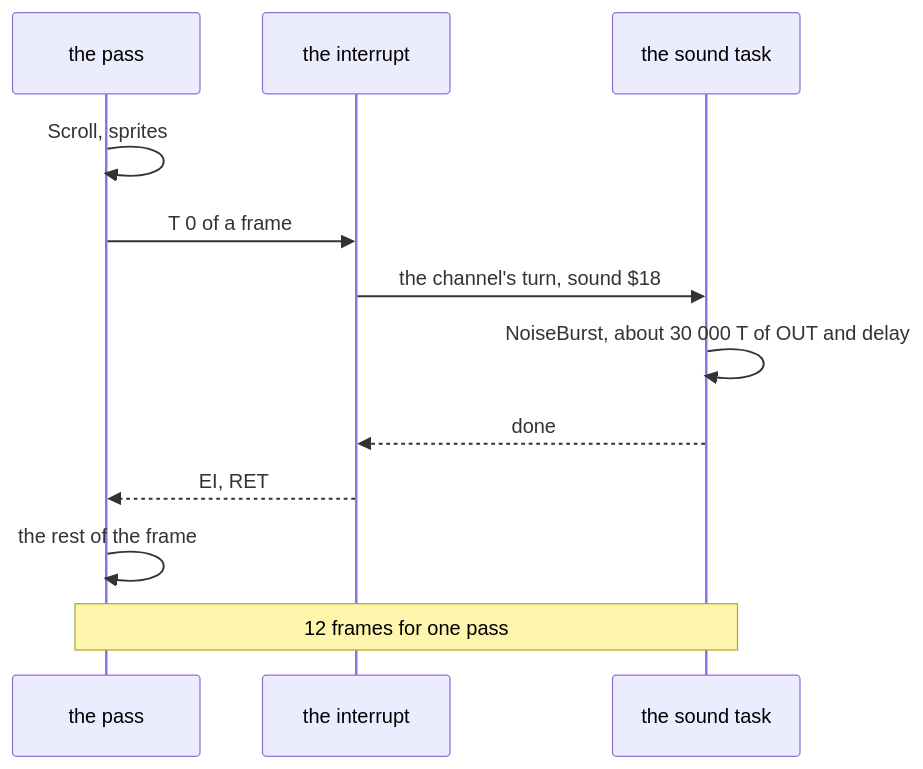
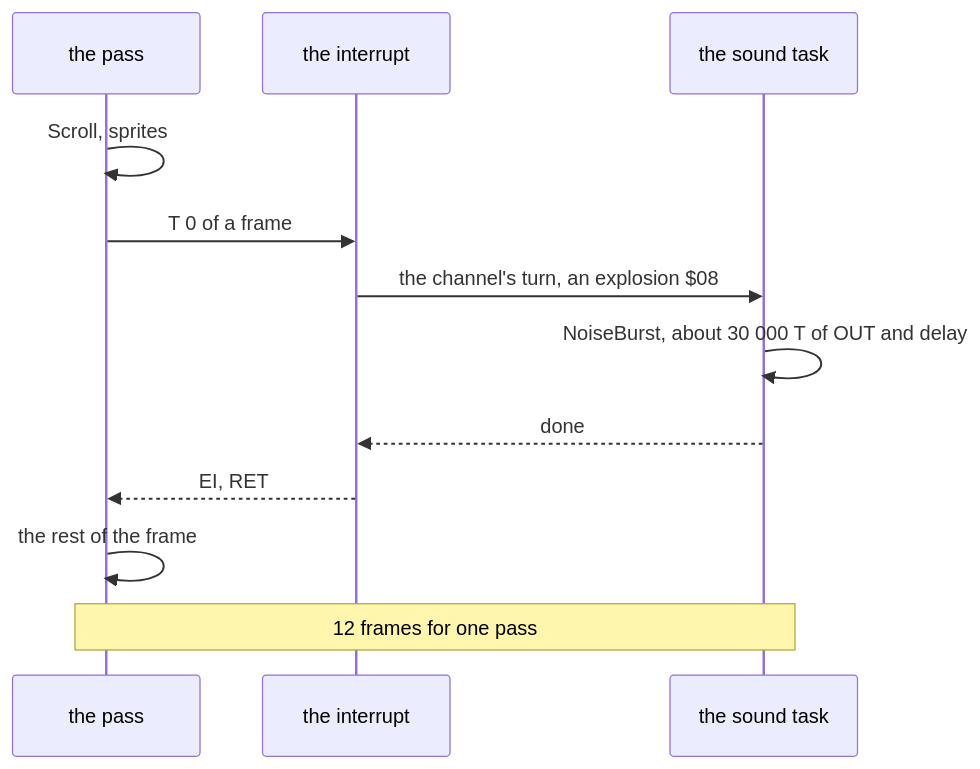
The sixth of 7 diagrams in games/r-type/docs/04-game-loop.md (alfishe/unrealng-reverse-cases), drawn with Mermaid before and after one commit. The commit also changed other lines of this file and 81 other files, not shown here.

````diff
--- a/games/r-type/docs/04-game-loop.md
+++ b/games/r-type/docs/04-game-loop.md
@@ -546,14 +550,14 @@
 ```mermaid
 sequenceDiagram
     participant P as the pass
     participant I as the interrupt
     participant S as the sound task
     P->>P: Scroll, sprites
     P->>I: T 0 of a frame
-    I->>S: the channel's turn, sound $18
+    I->>S: the channel's turn, an explosion $08
     S->>S: NoiseBurst, about 30 000 T of OUT and delay
     S-->>I: done
     I-->>P: EI, RET
     P->>P: the rest of the frame
     Note over P,S: 12 frames for one pass
 ```
````
